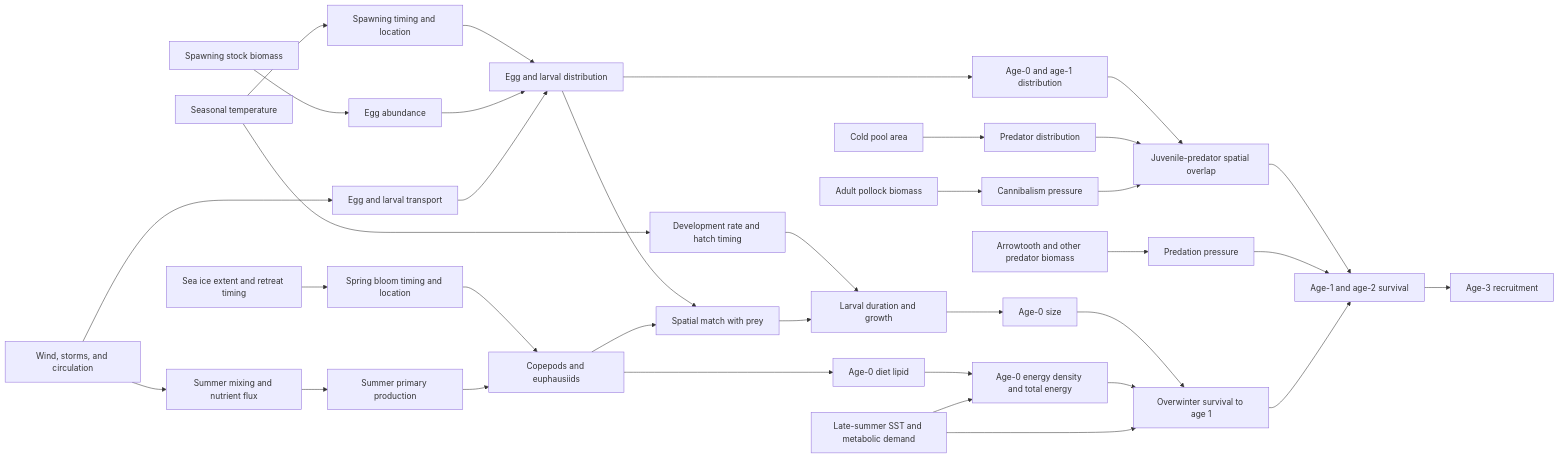
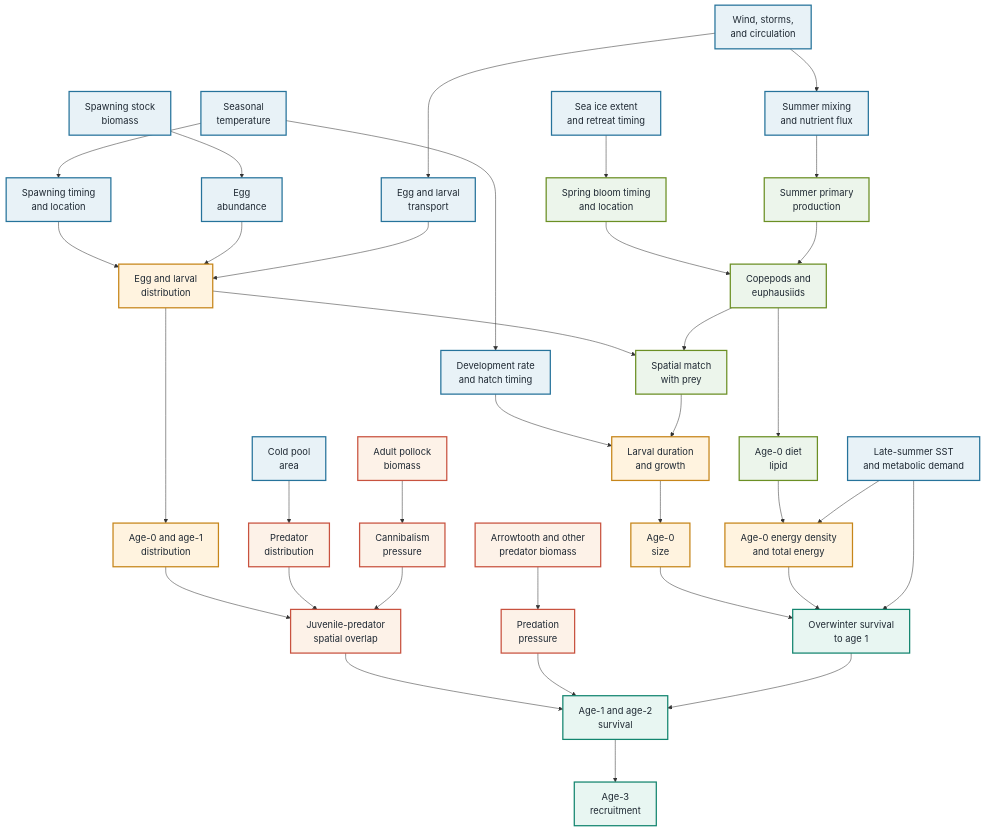
One commit to afsc-assessments/ebswp_esp changed the diagram in index.qmd. Above: the diagram before and after it, drawn with Mermaid. The commit also changed other lines of this file and 5 other files, not shown here.

````diff
--- a/index.qmd
+++ b/index.qmd
@@ -21,37 +22,51 @@
 ```{mermaid}
-flowchart LR
-  SSB["Spawning stock biomass"] --> EG["Egg abundance"]
-  TEMP["Seasonal temperature"] --> DEV["Development rate and hatch timing"]
-  TEMP --> SPAWN["Spawning timing and location"]
-  ICE["Sea ice extent and retreat timing"] --> BLOOM["Spring bloom timing and location"]
-  WIND["Wind, storms, and circulation"] --> TRANS["Egg and larval transport"]
-  WIND --> MIX["Summer mixing and nutrient flux"]
-  SPAWN --> ELDIST["Egg and larval distribution"]
+%%{init: {"flowchart": {"htmlLabels": true, "nodeSpacing": 58, "rankSpacing": 82, "curve": "basis"}, "themeVariables": {"fontSize": "18px", "fontFamily": "Arial, sans-serif"}} }%%
+flowchart TB
+  SSB["Spawning stock<br/>biomass"] --> EG["Egg<br/>abundance"]
+  TEMP["Seasonal<br/>temperature"] --> DEV["Development rate<br/>and hatch timing"]
+  TEMP --> SPAWN["Spawning timing<br/>and location"]
+  ICE["Sea ice extent<br/>and retreat timing"] --> BLOOM["Spring bloom timing<br/>and location"]
+  WIND["Wind, storms,<br/>and circulation"] --> TRANS["Egg and larval<br/>transport"]
+  WIND --> MIX["Summer mixing<br/>and nutrient flux"]
+  SPAWN --> ELDIST["Egg and larval<br/>distribution"]
   EG --> ELDIST
-  DEV --> LARV["Larval duration and growth"]
+  DEV --> LARV["Larval duration<br/>and growth"]
   TRANS --> ELDIST
-  BLOOM --> ZOO["Copepods and euphausiids"]
-  MIX --> PP["Summer primary production"]
+  BLOOM --> ZOO["Copepods and<br/>euphausiids"]
+  MIX --> PP["Summer primary<br/>production"]
   PP --> ZOO
-  ELDIST --> PREYMATCH["Spatial match with prey"]
+  ELDIST --> PREYMATCH["Spatial match<br/>with prey"]
   ZOO --> PREYMATCH
   PREYMATCH --> LARV
-  LARV --> A0SIZE["Age-0 size"]
-  ZOO --> A0DIET["Age-0 diet lipid"]
-  A0DIET --> A0ENERGY["Age-0 energy density and total energy"]
-  A0SIZE --> WINTER["Overwinter survival to age 1"]
+  LARV --> A0SIZE["Age-0<br/>size"]
+  ZOO --> A0DIET["Age-0 diet<br/>lipid"]
+  A0DIET --> A0ENERGY["Age-0 energy density<br/>and total energy"]
+  A0SIZE --> WINTER["Overwinter survival<br/>to age 1"]
   A0ENERGY --> WINTER
-  SST["Late-summer SST and metabolic demand"] --> A0ENERGY
+  SST["Late-summer SST<br/>and metabolic demand"] --> A0ENERGY
   SST --> WINTER
-  ADULT["Adult pollock biomass"] --> CANN["Cannibalism pressure"]
-  COLD["Cold pool area"] --> PREDIST["Predator distribution"]
-  ARROW["Arrowtooth and other predator biomass"] --> PRED["Predation pressure"]
-  ELDIST --> JUVLOC["Age-0 and age-1 distribution"]
-  JUVLOC --> OVERLAP["Juvenile-predator spatial overlap"]
+  ADULT["Adult pollock<br/>biomass"] --> CANN["Cannibalism<br/>pressure"]
+  COLD["Cold pool<br/>area"] --> PREDIST["Predator<br/>distribution"]
+  ARROW["Arrowtooth and other<br/>predator biomass"] --> PRED["Predation<br/>pressure"]
+  ELDIST --> JUVLOC["Age-0 and age-1<br/>distribution"]
+  JUVLOC --> OVERLAP["Juvenile-predator<br/>spatial overlap"]
   PREDIST --> OVERLAP
   CANN --> OVERLAP
-  OVERLAP --> A12SURV["Age-1 and age-2 survival"]
+  OVERLAP --> A12SURV["Age-1 and age-2<br/>survival"]
   PRED --> A12SURV
   WINTER --> A12SURV
-  A12SURV --> AGE3["Age-3 recruitment"]
+  A12SURV --> AGE3["Age-3<br/>recruitment"]
+
+  classDef spawner fill:#e8f2f7,stroke:#26739b,stroke-width:2.4px,color:#1f2933;
+  classDef physical fill:#e8f2f7,stroke:#26739b,stroke-width:2.4px,color:#1f2933;
+  classDef prey fill:#ecf5eb,stroke:#6b8f24,stroke-width:2.4px,color:#1f2933;
+  classDef early fill:#fff3df,stroke:#c68519,stroke-width:2.4px,color:#1f2933;
+  classDef predator fill:#fdf2e8,stroke:#c8523f,stroke-width:2.4px,color:#1f2933;
+  classDef survival fill:#e8f6f2,stroke:#13856f,stroke-width:2.4px,color:#1f2933;
+  class SSB,EG spawner;
+  class TEMP,ICE,WIND,SST,COLD,DEV,SPAWN,TRANS,MIX physical;
+  class BLOOM,PP,ZOO,PREYMATCH,A0DIET prey;
+  class ELDIST,LARV,A0SIZE,A0ENERGY,JUVLOC early;
+  class ADULT,CANN,ARROW,PRED,PREDIST,OVERLAP predator;
+  class WINTER,A12SURV,AGE3 survival;
 ```
````
